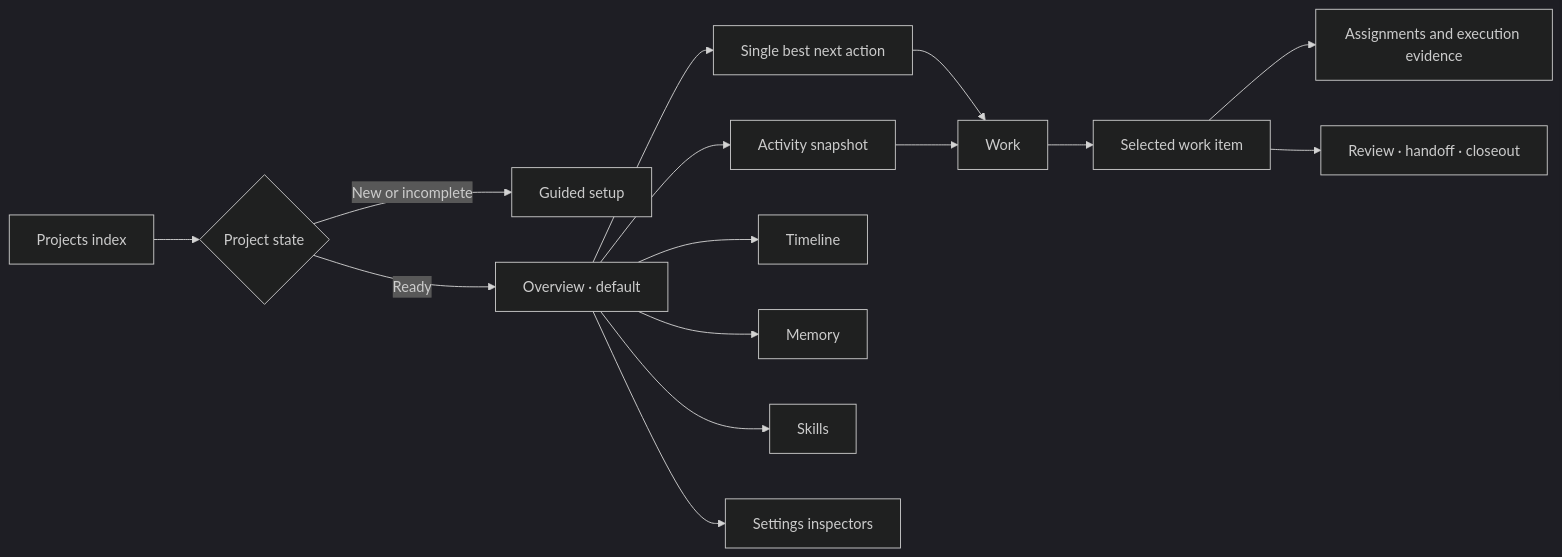
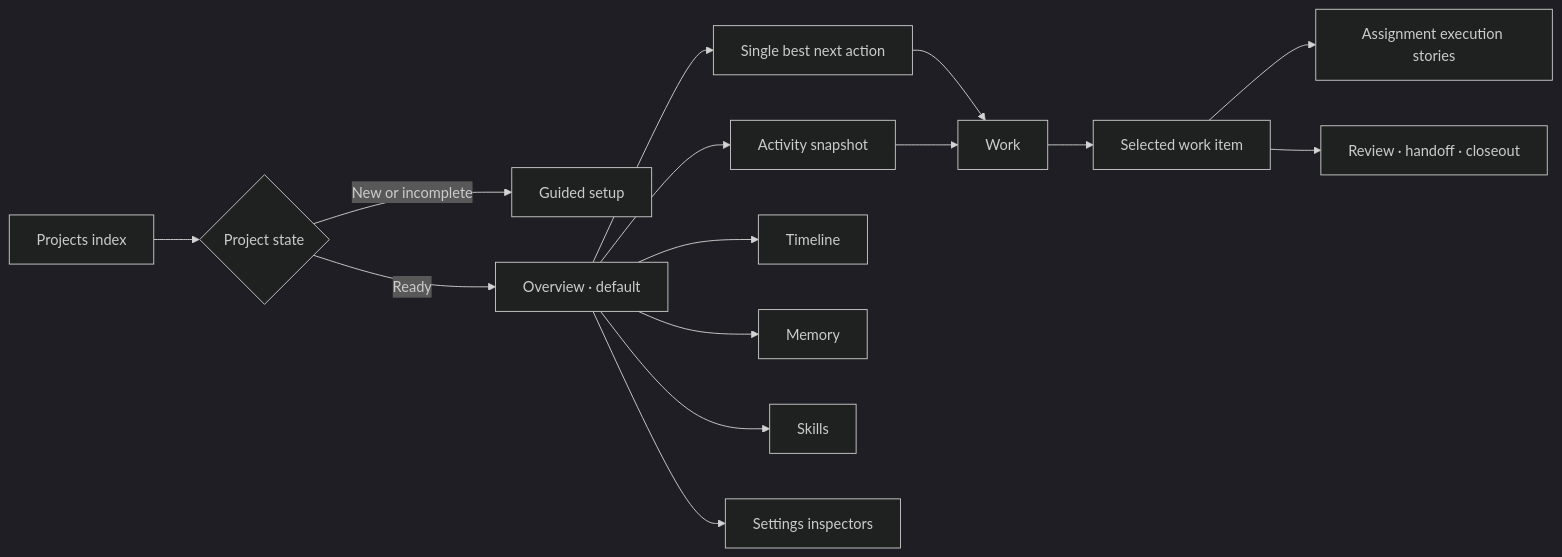
One commit to hecatehq/hecate changed the first of 3 diagrams in docs/design/proposals/projects-cockpit-ux.md. Above: the diagram before and after it, drawn with Mermaid (dark theme). The commit also changed other lines of this file and 12 other files, not shown here.

Commit message:
feat(projects): clarify assignment execution

````diff
--- a/docs/design/proposals/projects-cockpit-ux.md
+++ b/docs/design/proposals/projects-cockpit-ux.md
@@ -49,17 +49,17 @@
 ```mermaid
 flowchart LR
   P["Projects index"] --> G{"Project state"}
   G -->|"New or incomplete"| O["Guided setup"]
   G -->|"Ready"| V["Overview · default"]
   V --> N["Single best next action"]
   V --> S["Activity snapshot"]
   N --> W["Work"]
   S --> W
   W --> D["Selected work item"]
-  D --> X["Assignments and execution evidence"]
+  D --> X["Assignment execution stories"]
   D --> R["Review · handoff · closeout"]
   V --> T["Timeline"]
   V --> M["Memory"]
   V --> K["Skills"]
   V --> I["Settings inspectors"]
 ```
````
